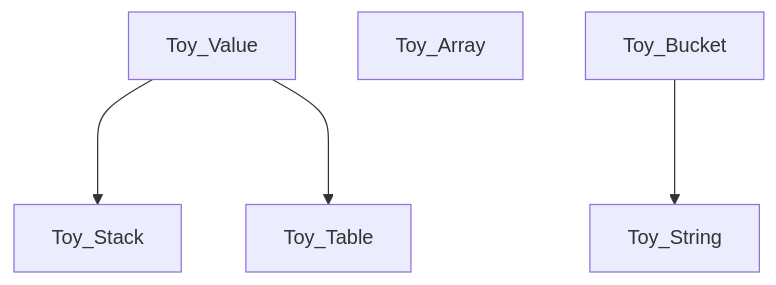
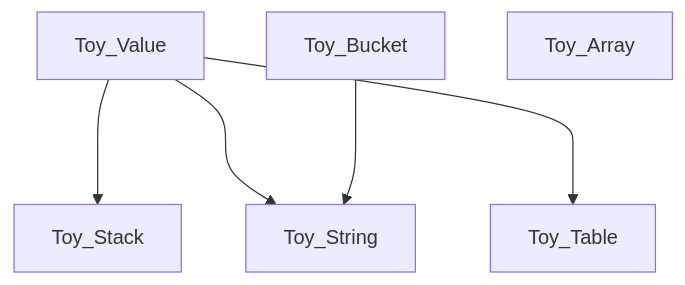
One commit to Ratstail91/Toy changed the diagram in CONTRIBUTING.md. Above: the diagram before and after it, drawn with Mermaid. The commit also changed 24 other files, not shown here.

First line of the commit message:
Added 'Toy_String' to 'Toy_Value' structure, read more

````diff
--- a/CONTRIBUTING.md
+++ b/CONTRIBUTING.md
@@ -27,7 +27,8 @@
 ```mermaid
 graph TB
-	Toy_Value ---> Toy_Stack
-	Toy_Array
-	Toy_Bucket ---> Toy_String
-	Toy_Value ---> Toy_Table
+    Toy_Value ---> Toy_Stack
+    Toy_Value ---> Toy_String
+    Toy_Value ---> Toy_Table
+    Toy_Bucket ---> Toy_String
+    Toy_Array
 ```
````
